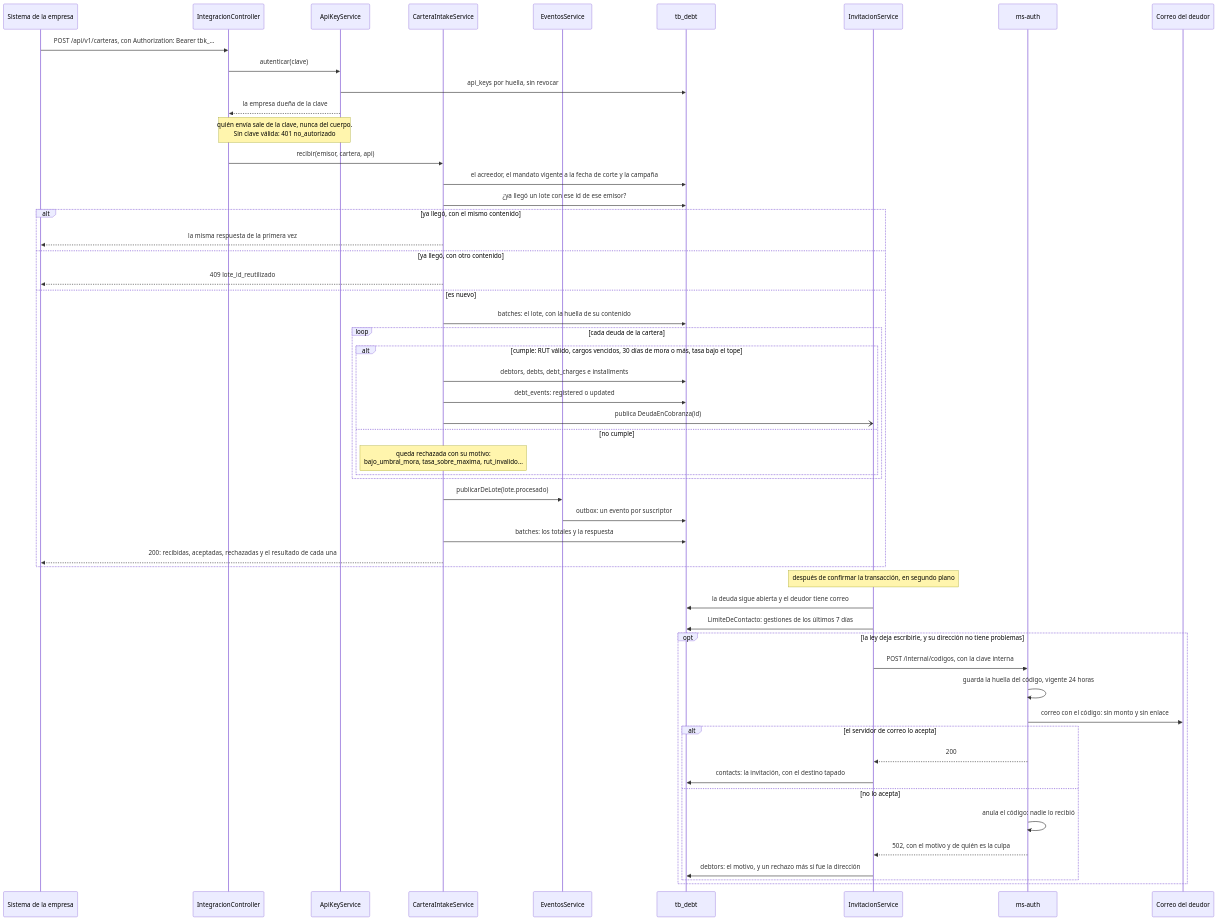
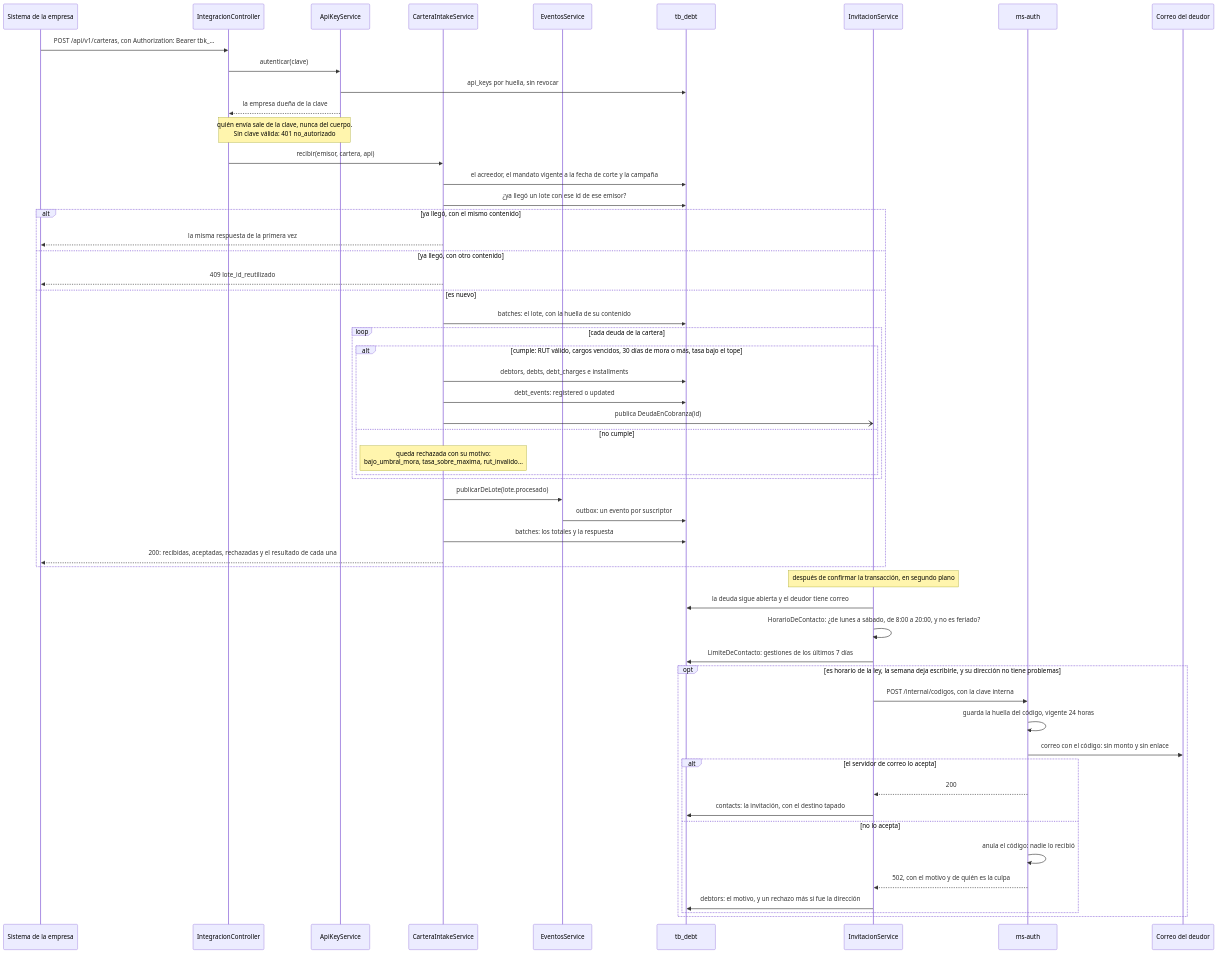
Before and after one commit to TechnicalBridge/DataBridge: the fourth of 16 diagrams in docs/diagramas/secuencia.md, drawn with Mermaid. The commit also changed other lines of this file and 15 other files, not shown here.

Commit message:
fix(ms-debt): Ningún correo al deudor fuera del horario que permite la ley

````diff
--- a/docs/diagramas/secuencia.md
+++ b/docs/diagramas/secuencia.md
@@ -201,58 +201,59 @@
 ```mermaid
 sequenceDiagram
     participant S as Sistema de la empresa
     participant IC as IntegracionController
     participant AK as ApiKeyService
     participant CI as CarteraIntakeService
     participant ES as EventosService
     participant B as tb_debt
     participant IV as InvitacionService
     participant AU as ms-auth
     participant C as Correo del deudor
 
     S->>IC: POST /api/v1/carteras, con Authorization: Bearer tbk_…
     IC->>AK: autenticar(clave)
     AK->>B: api_keys por huella, sin revocar
     AK-->>IC: la empresa dueña de la clave
     Note over IC,AK: quién envía sale de la clave, nunca del cuerpo.<br/>Sin clave válida: 401 no_autorizado
     IC->>CI: recibir(emisor, cartera, api)
     CI->>B: el acreedor, el mandato vigente a la fecha de corte y la campaña
     CI->>B: ¿ya llegó un lote con ese id de ese emisor?
     alt ya llegó, con el mismo contenido
         CI-->>S: la misma respuesta de la primera vez
     else ya llegó, con otro contenido
         CI-->>S: 409 lote_id_reutilizado
     else es nuevo
         CI->>B: batches: el lote, con la huella de su contenido
         loop cada deuda de la cartera
             alt cumple: RUT válido, cargos vencidos, 30 días de mora o más, tasa bajo el tope
                 CI->>B: debtors, debts, debt_charges e installments
                 CI->>B: debt_events: registered o updated
                 CI-)IV: publica DeudaEnCobranza(id)
             else no cumple
                 Note over CI: queda rechazada con su motivo:<br/>bajo_umbral_mora, tasa_sobre_maxima, rut_invalido…
             end
         end
         CI->>ES: publicarDeLote(lote.procesado)
         ES->>B: outbox: un evento por suscriptor
         CI->>B: batches: los totales y la respuesta
         CI-->>S: 200: recibidas, aceptadas, rechazadas y el resultado de cada una
     end
 
     Note over IV: después de confirmar la transacción, en segundo plano
     IV->>B: la deuda sigue abierta y el deudor tiene correo
+    IV->>IV: HorarioDeContacto: ¿de lunes a sábado, de 8:00 a 20:00, y no es feriado?
     IV->>B: LimiteDeContacto: gestiones de los últimos 7 días
-    opt la ley deja escribirle, y su dirección no tiene problemas
+    opt es horario de la ley, la semana deja escribirle, y su dirección no tiene problemas
         IV->>AU: POST /internal/codigos, con la clave interna
         AU->>AU: guarda la huella del código, vigente 24 horas
         AU->>C: correo con el código: sin monto y sin enlace
         alt el servidor de correo lo acepta
             AU-->>IV: 200
             IV->>B: contacts: la invitación, con el destino tapado
         else no lo acepta
             AU->>AU: anula el código: nadie lo recibió
             AU-->>IV: 502, con el motivo y de quién es la culpa
             IV->>B: debtors: el motivo, y un rechazo más si fue la dirección
         end
     end
 ```
````
